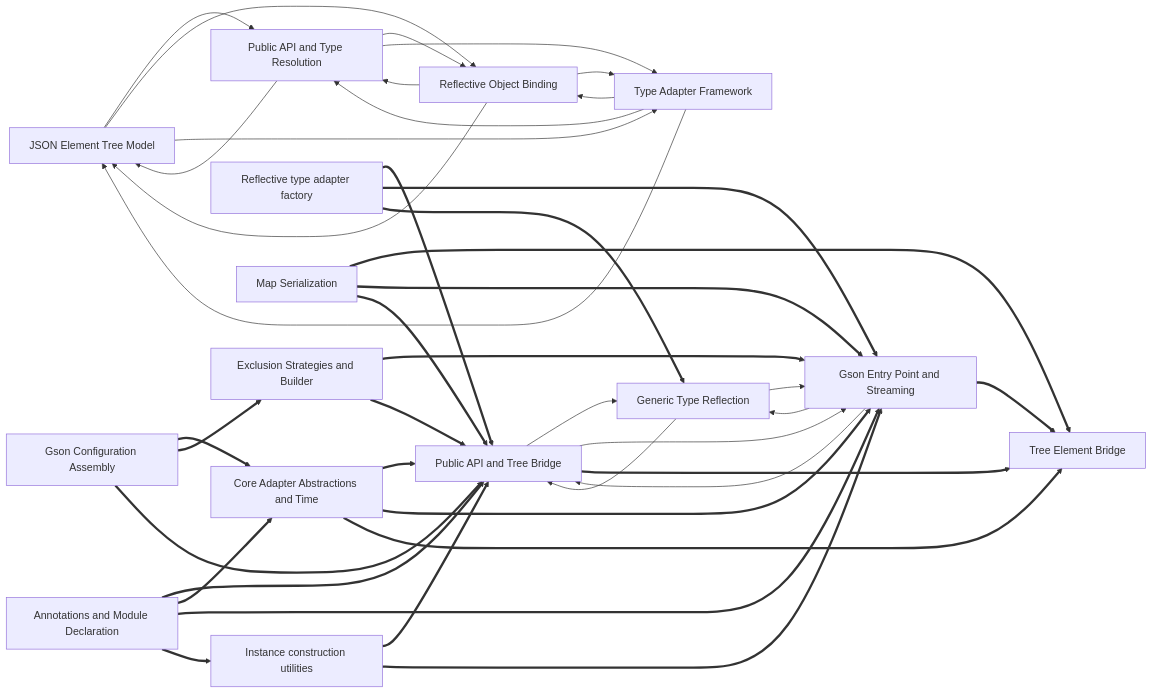
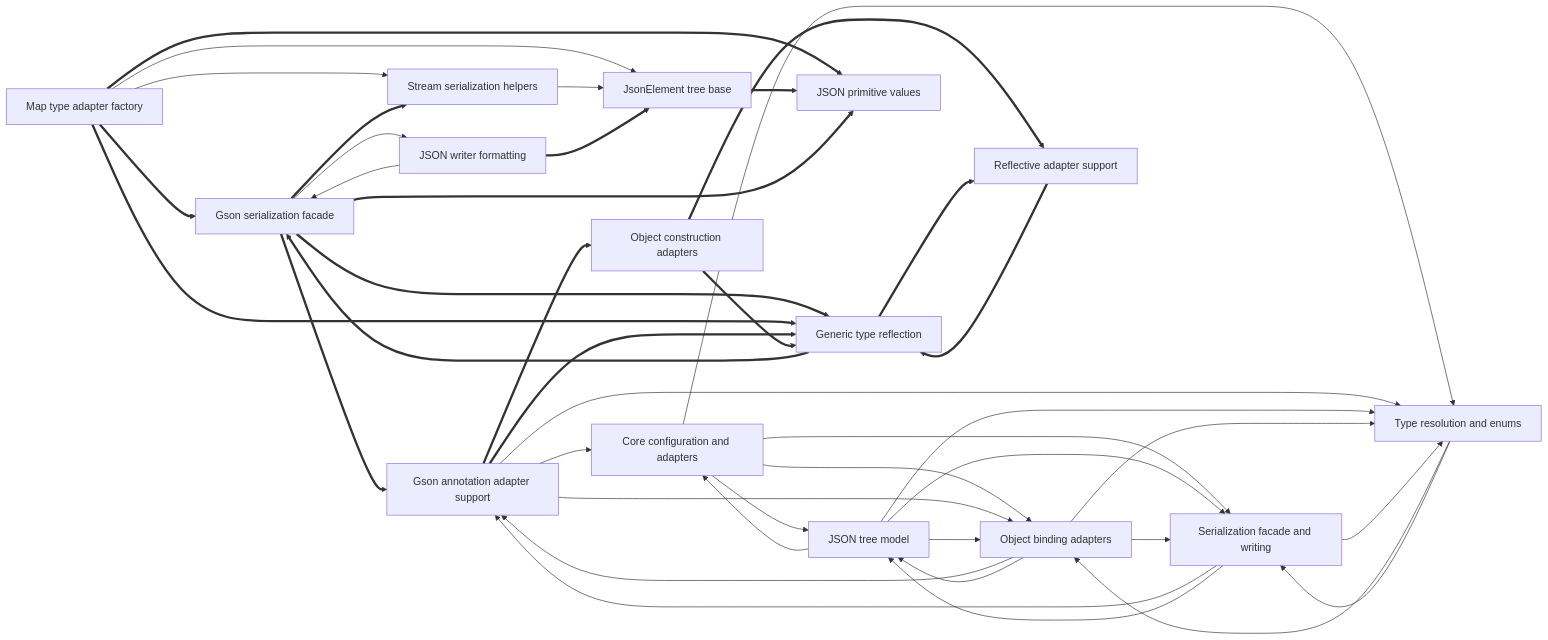
The diagram in examples/gson/docs/DEPENDENCIES.md (zlxdengtianhei/codebase-explorer), drawn with Mermaid before and after one commit. The commit also changed other lines of this file and 364 other files, not shown here.

````diff
--- a/examples/gson/docs/DEPENDENCIES.md
+++ b/examples/gson/docs/DEPENDENCIES.md
@@ -6,58 +6,59 @@
 ```mermaid
 flowchart LR
-  n0["Public API and Tree Bridge"]
-  n1["Gson Entry Point and Streaming"]
-  n2["JSON Element Tree Model"]
-  n3["Public API and Type Resolution"]
-  n4["Tree Element Bridge"]
-  n5["Type Adapter Framework"]
-  n6["Exclusion Strategies and Builder"]
-  n7["Annotations and Module Declaration"]
-  n8["Core Adapter Abstractions and Time"]
-  n9["Generic Type Reflection"]
-  n10["Reflective Object Binding"]
-  n11["Reflective type adapter factory"]
-  n12["Gson Configuration Assembly"]
-  n13["Instance construction utilities"]
-  n14["Map Serialization"]
-  n9 --> n1
-  n9 --> n0
+  n0["Gson serialization facade"]
+  n1["JSON tree model"]
+  n2["Serialization facade and writing"]
+  n3["Generic type reflection"]
+  n4["Gson annotation adapter support"]
+  n5["Object binding adapters"]
+  n6["Core configuration and adapters"]
+  n7["JsonElement tree base"]
+  n8["Reflective adapter support"]
+  n9["Type resolution and enums"]
+  n10["Stream serialization helpers"]
+  n11["JSON primitive values"]
+  n12["JSON writer formatting"]
+  n13["Map type adapter factory"]
+  n14["Object construction adapters"]
+  n6 --> n1
+  n6 --> n5
+  n6 --> n2
+  n6 --> n9
+  n4 --> n6
+  n4 --> n5
+  n4 --> n9
+  n0 --> n12
+  n1 --> n6
+  n1 --> n5
+  n1 --> n2
   n1 --> n9
-  n1 --> n0
-  n2 --> n3
-  n2 --> n10
-  n2 --> n5
-  n0 --> n9
-  n0 --> n1
-  n3 --> n2
-  n3 --> n10
-  n3 --> n5
-  n10 --> n2
-  n10 --> n3
-  n10 --> n5
+  n12 --> n0
+  n13 --> n7
+  n13 --> n10
+  n5 --> n4
+  n5 --> n1
   n5 --> n2
-  n5 --> n3
-  n5 --> n10
-  n14 ==> n4
-  n11 ==> n0
-  n7 ==> n0
-  n8 ==> n0
+  n5 --> n9
+  n2 --> n4
+  n2 --> n1
+  n2 --> n9
+  n10 --> n7
+  n9 --> n5
+  n9 --> n2
+  n0 ==> n3
+  n14 ==> n8
+  n8 ==> n3
+  n0 ==> n10
+  n13 ==> n3
+  n13 ==> n11
+  n3 ==> n8
+  n4 ==> n3
+  n7 ==> n11
   n13 ==> n0
-  n14 ==> n1
-  n6 ==> n1
-  n6 ==> n0
-  n1 ==> n4
+  n14 ==> n3
+  n3 ==> n0
+  n4 ==> n14
   n0 ==> n4
-  n11 ==> n1
-  n8 ==> n1
-  n12 ==> n8
-  n12 ==> n6
-  n12 ==> n0
-  n13 ==> n1
-  n14 ==> n0
-  n11 ==> n9
-  n7 ==> n8
-  n7 ==> n1
-  n7 ==> n13
-  n8 ==> n4
+  n0 ==> n11
+  n12 ==> n7
 ```
````
